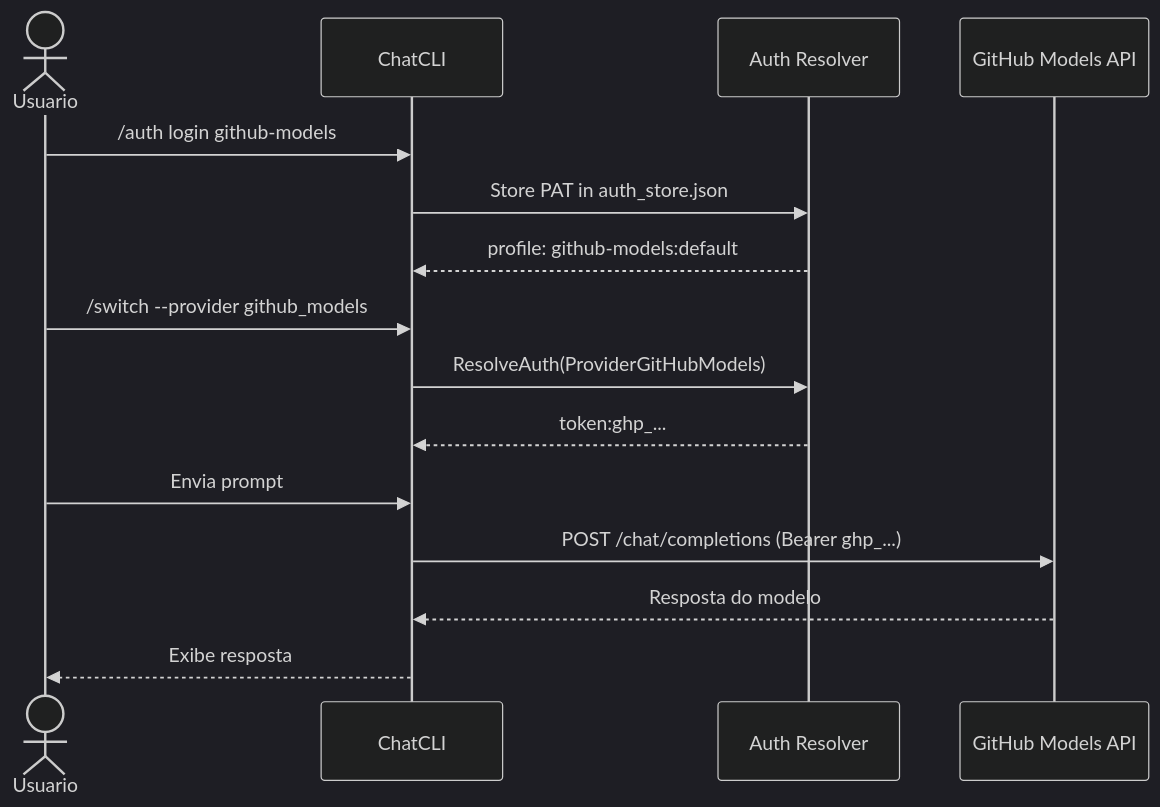
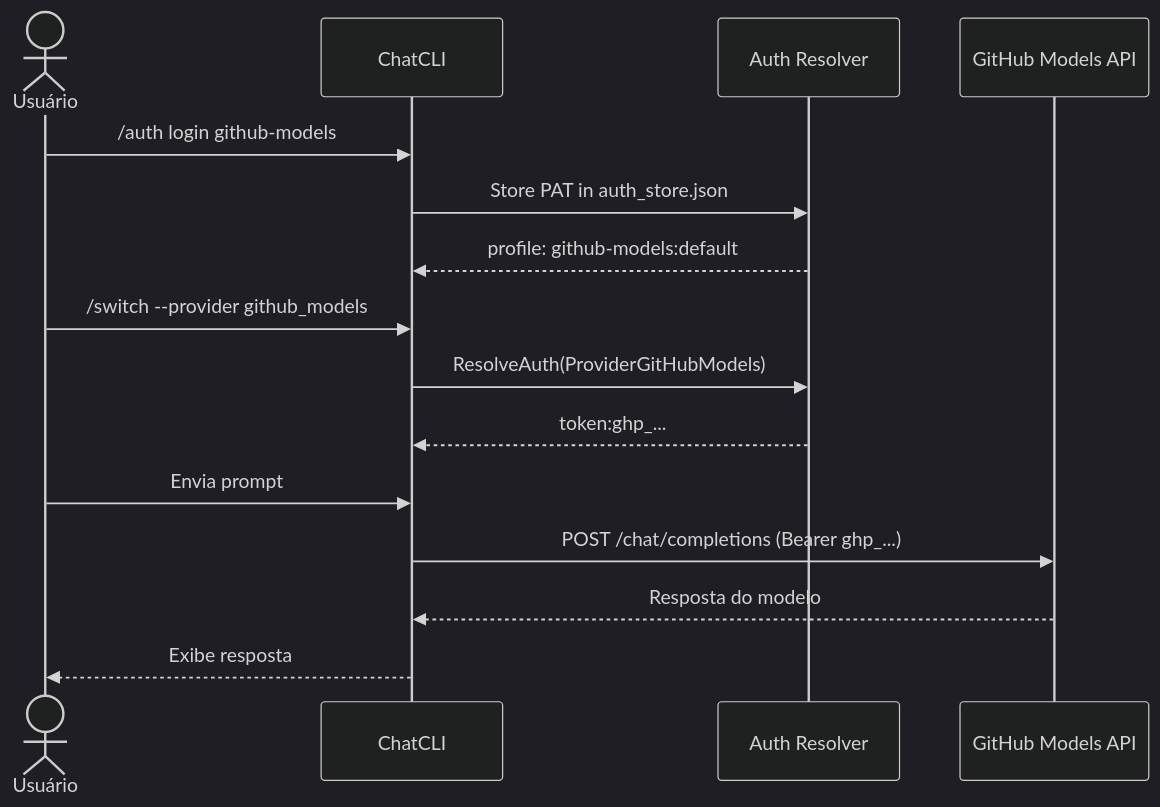
Before and after one commit to diillson/chatcli.ai: the diagram in features/github-models.mdx, drawn with Mermaid (dark theme). The commit also changed other lines of this file and 97 other files, not shown here.

````diff
--- a/features/github-models.mdx
+++ b/features/github-models.mdx
@@ -161,20 +161,20 @@
 ```mermaid
 sequenceDiagram
-    actor User as Usuario
+    actor User as Usuário
     participant CLI as ChatCLI
     participant Auth as Auth Resolver
     participant API as GitHub Models API
 
     User->>CLI: /auth login github-models
     CLI->>Auth: Store PAT in auth_store.json
     Auth-->>CLI: profile: github-models:default
 
     User->>CLI: /switch --provider github_models
     CLI->>Auth: ResolveAuth(ProviderGitHubModels)
     Auth-->>CLI: token:ghp_...
 
     User->>CLI: Envia prompt
     CLI->>API: POST /chat/completions (Bearer ghp_...)
     API-->>CLI: Resposta do modelo
     CLI-->>User: Exibe resposta
 ```
````
